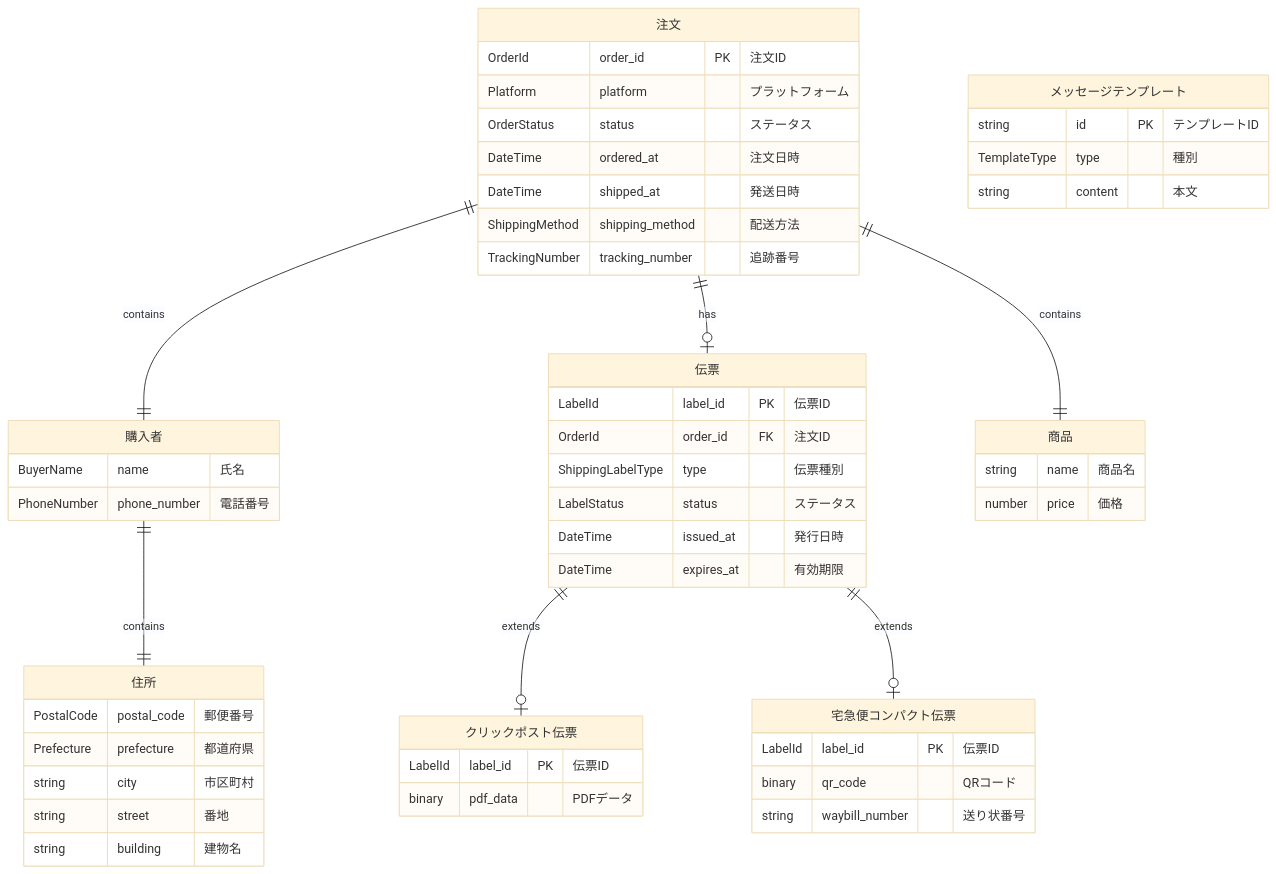
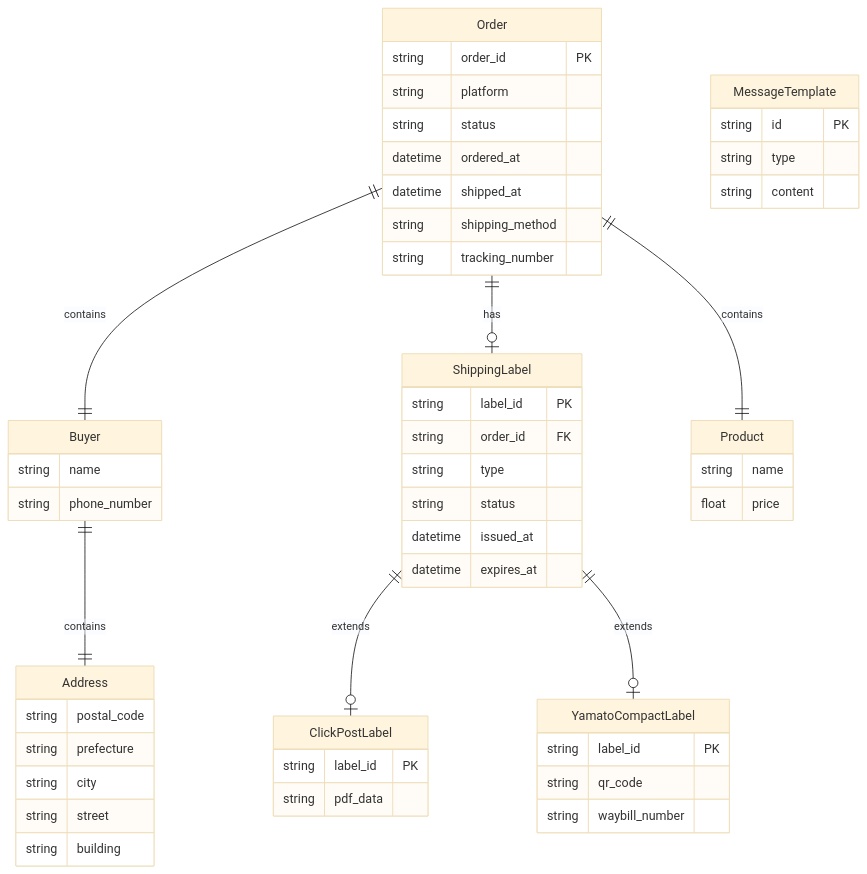
The diagram in docs/domain/README.md (toru0514/handmade-shipping-manager), drawn with Mermaid (base theme) before and after one commit. The commit also changed other lines of this file and 2 other files, not shown here.

Commit message:
docs: イベントストーミングと集約設計を追加
イベントストーミング:
- ドメインイベント、コマンド、ポリシーをMermaidで可視化
- 注文取得→登録→通知→伝票発行→発送完了のフロー
- イベント一覧、コマンド一覧、ポリシー一覧

集約設計:
- Order と ShippingLabel を別々の集約として維持（結論）
- ステータスは2状態（pending/shipped）を維持（結論）
- メッセージ生成はドメインサービスとして実装（結論）
- 集約間は結果整合性で実現
- トランザクション境界の明確化

````diff
--- a/docs/domain/README.md
+++ b/docs/domain/README.md
@@ -23,63 +23,63 @@
 ```mermaid
 erDiagram
     Order ||--|| Buyer : contains
     Order ||--o| ShippingLabel : has
     Buyer ||--|| Address : contains
     Order ||--|| Product : contains
     ShippingLabel ||--o| ClickPostLabel : extends
     ShippingLabel ||--o| YamatoCompactLabel : extends
 
-    Order["注文"] {
-        OrderId order_id PK "注文ID"
-        Platform platform "プラットフォーム"
-        OrderStatus status "ステータス"
-        DateTime ordered_at "注文日時"
-        DateTime shipped_at "発送日時"
-        ShippingMethod shipping_method "配送方法"
-        TrackingNumber tracking_number "追跡番号"
+    Order {
+        string order_id PK
+        string platform
+        string status
+        datetime ordered_at
+        datetime shipped_at
+        string shipping_method
+        string tracking_number
     }
 
-    Buyer["購入者"] {
-        BuyerName name "氏名"
-        PhoneNumber phone_number "電話番号"
+    Buyer {
+        string name
+        string phone_number
     }
 
-    Address["住所"] {
-        PostalCode postal_code "郵便番号"
-        Prefecture prefecture "都道府県"
-        string city "市区町村"
-        string street "番地"
-        string building "建物名"
+    Address {
+        string postal_code
+        string prefecture
+        string city
+        string street
+        string building
     }
 
-    Product["商品"] {
-        string name "商品名"
-        number price "価格"
+    Product {
+        string name
+        float price
     }
 
-    ShippingLabel["伝票"] {
-        LabelId label_id PK "伝票ID"
-        OrderId order_id FK "注文ID"
-        ShippingLabelType type "伝票種別"
-        LabelStatus status "ステータス"
-        DateTime issued_at "発行日時"
-        DateTime expires_at "有効期限"
+    ShippingLabel {
+        string label_id PK
+        string order_id FK
+        string type
+        string status
+        datetime issued_at
+        datetime expires_at
     }
 
-    ClickPostLabel["クリックポスト伝票"] {
-        LabelId label_id PK "伝票ID"
-        binary pdf_data "PDFデータ"
+    ClickPostLabel {
+        string label_id PK
+        string pdf_data
     }
 
-    YamatoCompactLabel["宅急便コンパクト伝票"] {
-        LabelId label_id PK "伝票ID"
-        binary qr_code "QRコード"
-        string waybill_number "送り状番号"
+    YamatoCompactLabel {
+        string label_id PK
+        string qr_code
+        string waybill_number
     }
 
-    MessageTemplate["メッセージテンプレート"] {
-        string id PK "テンプレートID"
-        TemplateType type "種別"
-        string content "本文"
+    MessageTemplate {
+        string id PK
+        string type
+        string content
     }
 ```
````
